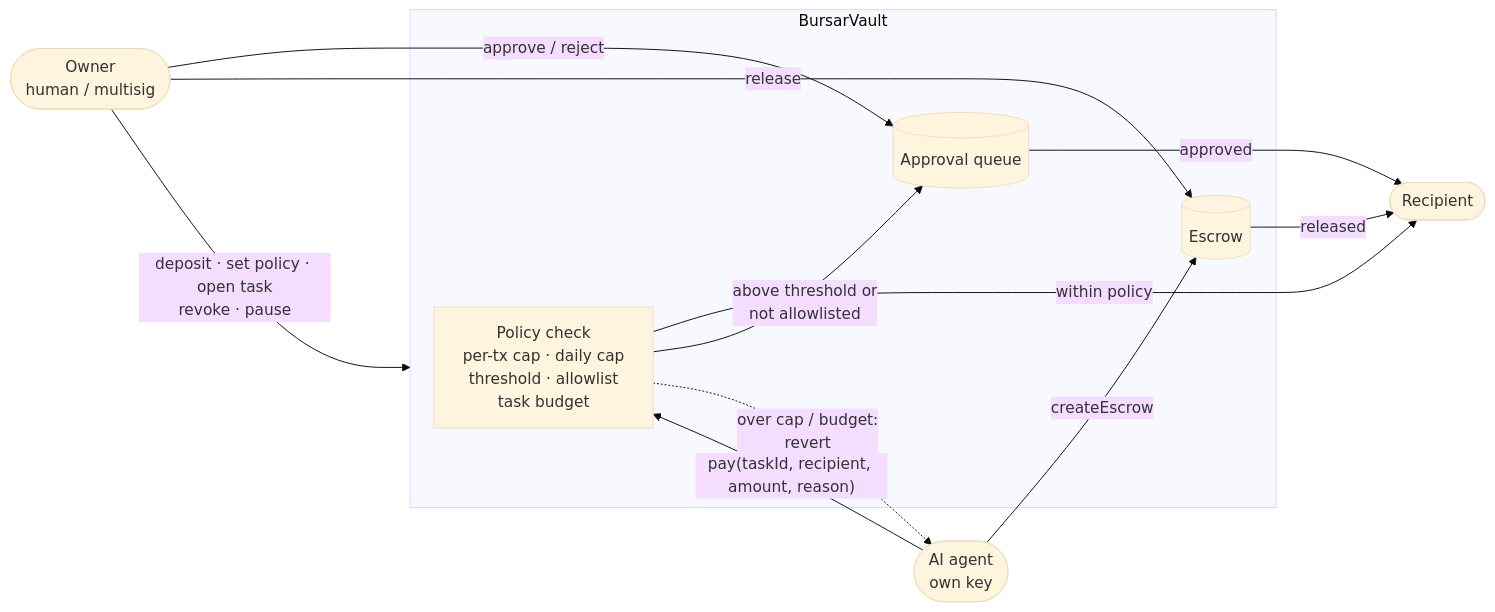
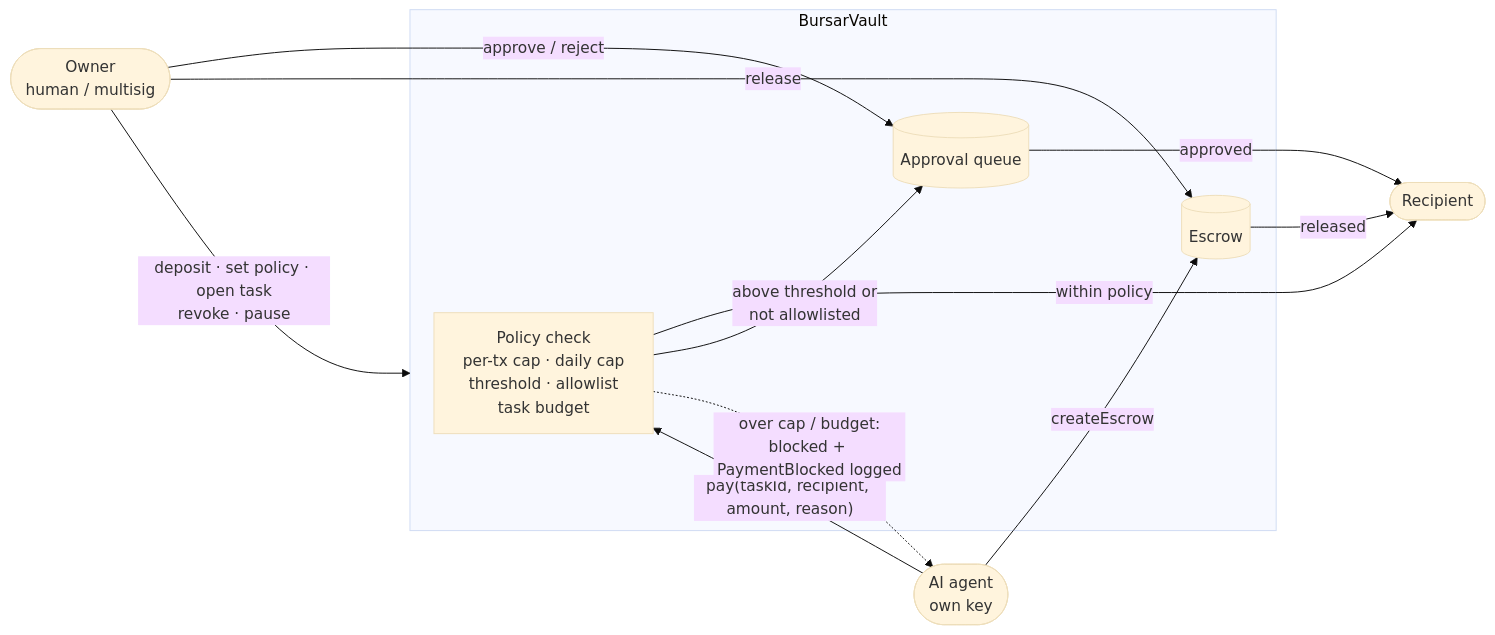
The diagram in README.md (Im-2/bursar), drawn with Mermaid (base theme) before and after one commit. The commit also changed other lines of this file and 3 other files, not shown here.

Commit message:
AI agent run over MCP (paid, queued, blocked), call-tool script, README update

````diff
--- a/README.md
+++ b/README.md
@@ -33,23 +33,23 @@
 ```mermaid
 flowchart LR
     Owner([Owner<br/>human / multisig])
     Agent([AI agent<br/>own key])
     Recipient([Recipient])
 
     subgraph Vault[BursarVault]
         Policy[Policy check<br/>per-tx cap · daily cap<br/>threshold · allowlist<br/>task budget]
         Queue[(Approval queue)]
         Escrow[(Escrow)]
     end
 
     Owner -- "deposit · set policy · open task<br/>revoke · pause" --> Vault
     Agent -- "pay(taskId, recipient, amount, reason)" --> Policy
     Policy -- "within policy" --> Recipient
     Policy -- "above threshold or<br/>not allowlisted" --> Queue
-    Policy -. "over cap / budget:<br/>revert" .-> Agent
+    Policy -. "over cap / budget:<br/>blocked + PaymentBlocked logged" .-> Agent
     Owner -- "approve / reject" --> Queue
     Queue -- "approved" --> Recipient
     Agent -- "createEscrow" --> Escrow
     Owner -- "release" --> Escrow
     Escrow -- "released" --> Recipient
 ```
````
